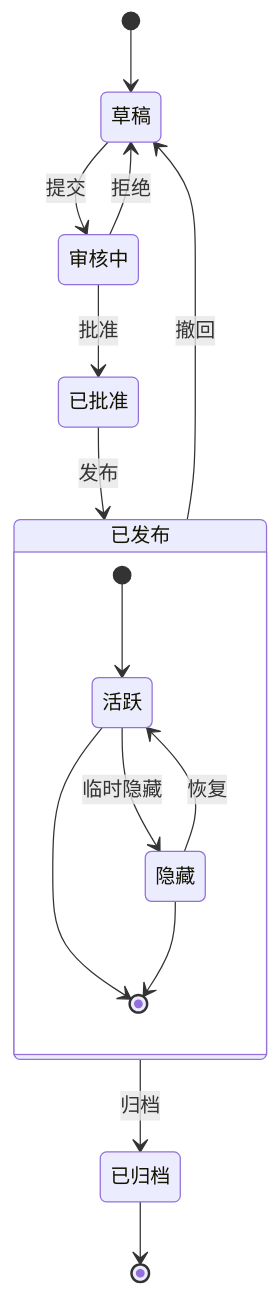
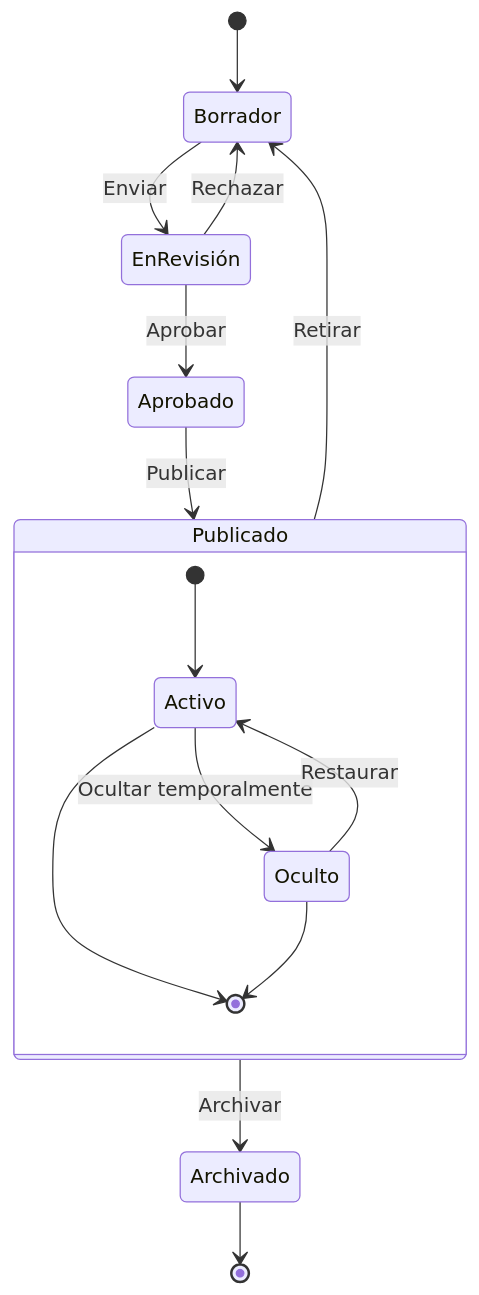
One commit to nefDevelop/astro-blogobs changed the fifth of 6 diagrams in src/content/posts/markdown-mermaid.md. Above: the diagram before and after it, drawn with Mermaid. The commit also changed other lines of this file and 14 other files, not shown here.

````diff
--- a/src/content/posts/markdown-mermaid.md
+++ b/src/content/posts/markdown-mermaid.md
@@ -151,21 +148,21 @@
 ```mermaid
 stateDiagram-v2
-    [*] --> 草稿
+    [*] --> Borrador
     
-    草稿 --> 审核中 : 提交
-    审核中 --> 草稿 : 拒绝
-    审核中 --> 已批准 : 批准
-    已批准 --> 已发布 : 发布
-    已发布 --> 已归档 : 归档
-    已发布 --> 草稿 : 撤回
+    Borrador --> EnRevisión : Enviar
+    EnRevisión --> Borrador : Rechazar
+    EnRevisión --> Aprobado : Aprobar
+    Aprobado --> Publicado : Publicar
+    Publicado --> Archivado : Archivar
+    Publicado --> Borrador : Retirar
     
-    state 已发布 {
-        [*] --> 活跃
-        活跃 --> 隐藏 : 临时隐藏
-        隐藏 --> 活跃 : 恢复
-        活跃 --> [*]
-        隐藏 --> [*]
+    state Publicado {
+        [*] --> Activo
+        Activo --> Oculto : Ocultar temporalmente
+        Oculto --> Activo : Restaurar
+        Activo --> [*]
+        Oculto --> [*]
     }
     
-    已归档 --> [*]
+    Archivado --> [*]
 ```
````
